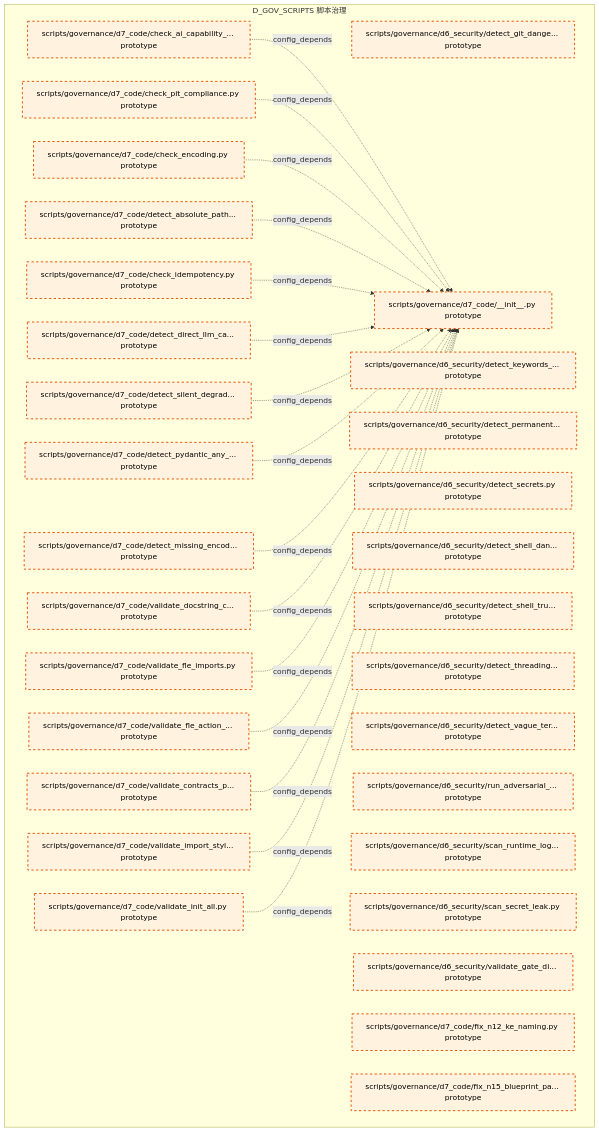
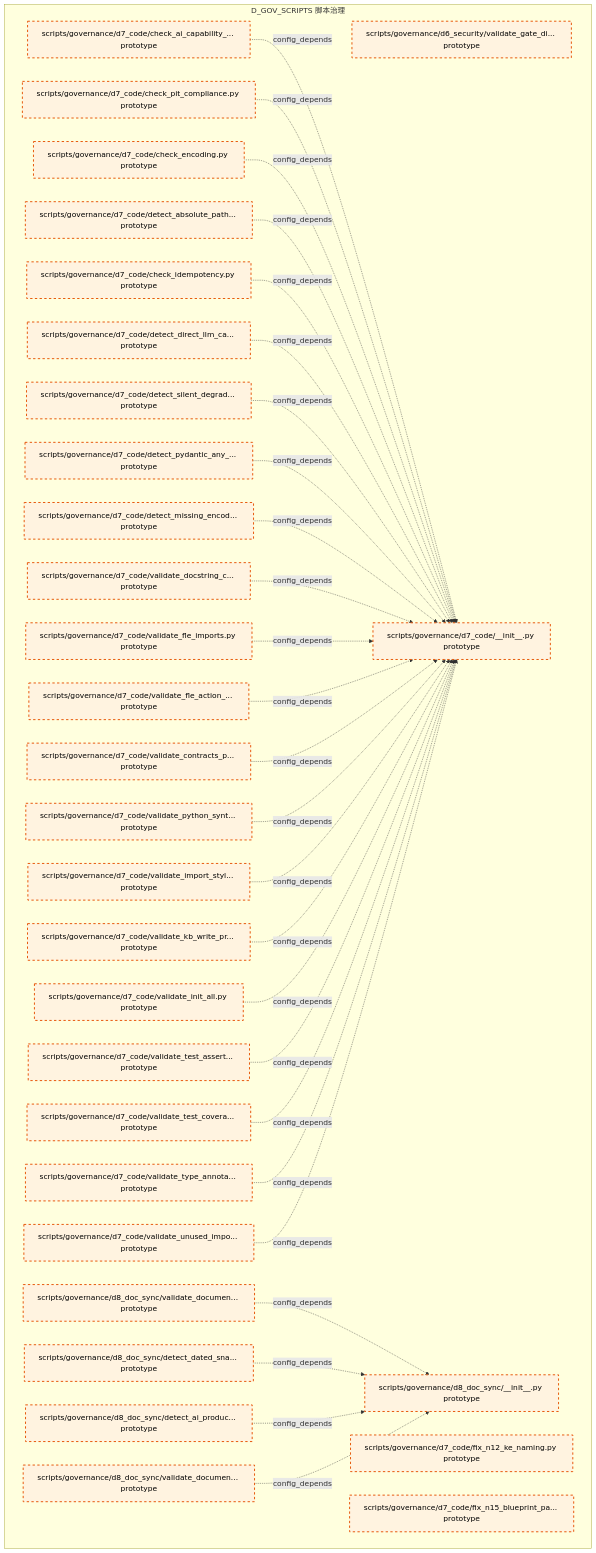
The eighth of 13 diagrams in docs/02_enterprise_architecture/02_domain_architecture_docs/39_d_gov_scripts.md (xuanFelixVan/ZephyrAlpha), drawn with Mermaid before and after one commit. The commit also changed other lines of this file and 105 other files, not shown here.

````diff
--- a/docs/02_enterprise_architecture/02_domain_architecture_docs/39_d_gov_scripts.md
+++ b/docs/02_enterprise_architecture/02_domain_architecture_docs/39_d_gov_scripts.md
@@ -507,55 +520,65 @@
 ```mermaid
 graph TD
     subgraph D_GOV_SCRIPTS["D_GOV_SCRIPTS 脚本治理"]
-        scripts_governance_d6_security_detect_git_dangerous_py["scripts/governance/d6_security/detect_git_dange... prototype"]
-        scripts_governance_d6_security_detect_keywords_in_logs_py["scripts/governance/d6_security/detect_keywords_... prototype"]
-        scripts_governance_d6_security_detect_permanent_file_deletion_py["scripts/governance/d6_security/detect_permanent... prototype"]
-        scripts_governance_d6_security_detect_secrets_py["scripts/governance/d6_security/detect_secrets.py prototype"]
-        scripts_governance_d6_security_detect_shell_dangerous_py["scripts/governance/d6_security/detect_shell_dan... prototype"]
-        scripts_governance_d6_security_detect_shell_true_py["scripts/governance/d6_security/detect_shell_tru... prototype"]
-        scripts_governance_d6_security_detect_threading_lock_py["scripts/governance/d6_security/detect_threading... prototype"]
-        scripts_governance_d6_security_detect_vague_terms_py["scripts/governance/d6_security/detect_vague_ter... prototype"]
-        scripts_governance_d6_security_run_adversarial_checks_py["scripts/governance/d6_security/run_adversarial_... prototype"]
-        scripts_governance_d6_security_scan_runtime_log_secrets_py["scripts/governance/d6_security/scan_runtime_log... prototype"]
-        scripts_governance_d6_security_scan_secret_leak_py["scripts/governance/d6_security/scan_secret_leak.py prototype"]
         scripts_governance_d6_security_validate_gate_discipline_py["scripts/governance/d6_security/validate_gate_di... prototype"]
         scripts_governance_d7_code_init_py["scripts/governance/d7_code/__init__.py prototype"]
         scripts_governance_d7_code_check_ai_capability_boundary_py["scripts/governance/d7_code/check_ai_capability_... prototype"]
         scripts_governance_d7_code_check_encoding_py["scripts/governance/d7_code/check_encoding.py prototype"]
         scripts_governance_d7_code_check_idempotency_py["scripts/governance/d7_code/check_idempotency.py prototype"]
         scripts_governance_d7_code_check_pit_compliance_py["scripts/governance/d7_code/check_pit_compliance.py prototype"]
         scripts_governance_d7_code_detect_absolute_path_hardcoding_py["scripts/governance/d7_code/detect_absolute_path... prototype"]
         scripts_governance_d7_code_detect_direct_llm_calls_py["scripts/governance/d7_code/detect_direct_llm_ca... prototype"]
         scripts_governance_d7_code_detect_missing_encoding_py["scripts/governance/d7_code/detect_missing_encod... prototype"]
         scripts_governance_d7_code_detect_pydantic_any_fields_py["scripts/governance/d7_code/detect_pydantic_any_... prototype"]
         scripts_governance_d7_code_detect_silent_degradation_py["scripts/governance/d7_code/detect_silent_degrad... prototype"]
         scripts_governance_d7_code_fix_n12_ke_naming_py["scripts/governance/d7_code/fix_n12_ke_naming.py prototype"]
         scripts_governance_d7_code_fix_n15_blueprint_path_py["scripts/governance/d7_code/fix_n15_blueprint_pa... prototype"]
         scripts_governance_d7_code_validate_contracts_purity_py["scripts/governance/d7_code/validate_contracts_p... prototype"]
         scripts_governance_d7_code_validate_docstring_coverage_py["scripts/governance/d7_code/validate_docstring_c... prototype"]
         scripts_governance_d7_code_validate_fle_action_metadata_py["scripts/governance/d7_code/validate_fle_action_... prototype"]
         scripts_governance_d7_code_validate_fle_imports_py["scripts/governance/d7_code/validate_fle_imports.py prototype"]
         scripts_governance_d7_code_validate_import_style_py["scripts/governance/d7_code/validate_import_styl... prototype"]
         scripts_governance_d7_code_validate_init_all_py["scripts/governance/d7_code/validate_init_all.py prototype"]
+        scripts_governance_d7_code_validate_kb_write_provenance_py["scripts/governance/d7_code/validate_kb_write_pr... prototype"]
+        scripts_governance_d7_code_validate_python_syntax_py["scripts/governance/d7_code/validate_python_synt... prototype"]
+        scripts_governance_d7_code_validate_test_assertion_depth_py["scripts/governance/d7_code/validate_test_assert... prototype"]
+        scripts_governance_d7_code_validate_test_coverage_py["scripts/governance/d7_code/validate_test_covera... prototype"]
+        scripts_governance_d7_code_validate_type_annotation_coverage_py["scripts/governance/d7_code/validate_type_annota... prototype"]
+        scripts_governance_d7_code_validate_unused_imports_py["scripts/governance/d7_code/validate_unused_impo... prototype"]
+        scripts_governance_d8_doc_sync_init_py["scripts/governance/d8_doc_sync/__init__.py prototype"]
+        scripts_governance_d8_doc_sync_detect_ai_products_in_docs_py["scripts/governance/d8_doc_sync/detect_ai_produc... prototype"]
+        scripts_governance_d8_doc_sync_detect_dated_snapshots_py["scripts/governance/d8_doc_sync/detect_dated_sna... prototype"]
+        scripts_governance_d8_doc_sync_validate_document_lifecycle_py["scripts/governance/d8_doc_sync/validate_documen... prototype"]
+        scripts_governance_d8_doc_sync_validate_document_ttl_py["scripts/governance/d8_doc_sync/validate_documen... prototype"]
     end
     scripts_governance_d7_code_check_ai_capability_boundary_py -.->|config_depends| scripts_governance_d7_code_init_py
     scripts_governance_d7_code_check_pit_compliance_py -.->|config_depends| scripts_governance_d7_code_init_py
     scripts_governance_d7_code_check_encoding_py -.->|config_depends| scripts_governance_d7_code_init_py
     scripts_governance_d7_code_detect_absolute_path_hardcoding_py -.->|config_depends| scripts_governance_d7_code_init_py
     scripts_governance_d7_code_check_idempotency_py -.->|config_depends| scripts_governance_d7_code_init_py
     scripts_governance_d7_code_detect_direct_llm_calls_py -.->|config_depends| scripts_governance_d7_code_init_py
     scripts_governance_d7_code_detect_silent_degradation_py -.->|config_depends| scripts_governance_d7_code_init_py
     scripts_governance_d7_code_detect_pydantic_any_fields_py -.->|config_depends| scripts_governance_d7_code_init_py
     scripts_governance_d7_code_detect_missing_encoding_py -.->|config_depends| scripts_governance_d7_code_init_py
     scripts_governance_d7_code_validate_docstring_coverage_py -.->|config_depends| scripts_governance_d7_code_init_py
     scripts_governance_d7_code_validate_fle_imports_py -.->|config_depends| scripts_governance_d7_code_init_py
     scripts_governance_d7_code_validate_fle_action_metadata_py -.->|config_depends| scripts_governance_d7_code_init_py
     scripts_governance_d7_code_validate_contracts_purity_py -.->|config_depends| scripts_governance_d7_code_init_py
+    scripts_governance_d7_code_validate_python_syntax_py -.->|config_depends| scripts_governance_d7_code_init_py
     scripts_governance_d7_code_validate_import_style_py -.->|config_depends| scripts_governance_d7_code_init_py
+    scripts_governance_d7_code_validate_kb_write_provenance_py -.->|config_depends| scripts_governance_d7_code_init_py
     scripts_governance_d7_code_validate_init_all_py -.->|config_depends| scripts_governance_d7_code_init_py
+    scripts_governance_d7_code_validate_test_assertion_depth_py -.->|config_depends| scripts_governance_d7_code_init_py
+    scripts_governance_d7_code_validate_test_coverage_py -.->|config_depends| scripts_governance_d7_code_init_py
+    scripts_governance_d7_code_validate_type_annotation_coverage_py -.->|config_depends| scripts_governance_d7_code_init_py
+    scripts_governance_d7_code_validate_unused_imports_py -.->|config_depends| scripts_governance_d7_code_init_py
+    scripts_governance_d8_doc_sync_validate_document_ttl_py -.->|config_depends| scripts_governance_d8_doc_sync_init_py
+    scripts_governance_d8_doc_sync_detect_dated_snapshots_py -.->|config_depends| scripts_governance_d8_doc_sync_init_py
+    scripts_governance_d8_doc_sync_detect_ai_products_in_docs_py -.->|config_depends| scripts_governance_d8_doc_sync_init_py
+    scripts_governance_d8_doc_sync_validate_document_lifecycle_py -.->|config_depends| scripts_governance_d8_doc_sync_init_py
     classDef production fill:#e1f5fe,stroke:#01579b,stroke-width:2px,color:#000
     classDef design fill:#fff3e0,stroke:#e65100,stroke-width:2px,color:#000,stroke-dasharray: 5 5
     classDef external_prod fill:#e8f5e9,stroke:#1b5e20,stroke-width:1px,color:#000
     classDef external_design fill:#fce4ec,stroke:#880e4f,stroke-width:1px,color:#000,stroke-dasharray: 5 5
-    class scripts_governance_d6_security_detect_git_dangerous_py,scripts_governance_d6_security_detect_keywords_in_logs_py,scripts_governance_d6_security_detect_permanent_file_deletion_py,scripts_governance_d6_security_detect_secrets_py,scripts_governance_d6_security_detect_shell_dangerous_py,scripts_governance_d6_security_detect_shell_true_py,scripts_governance_d6_security_detect_threading_lock_py,scripts_governance_d6_security_detect_vague_terms_py,scripts_governance_d6_security_run_adversarial_checks_py,scripts_governance_d6_security_scan_runtime_log_secrets_py,scripts_governance_d6_security_scan_secret_leak_py,scripts_governance_d6_security_validate_gate_discipline_py,scripts_governance_d7_code_init_py,scripts_governance_d7_code_check_ai_capability_boundary_py,scripts_governance_d7_code_check_encoding_py,scripts_governance_d7_code_check_idempotency_py,scripts_governance_d7_code_check_pit_compliance_py,scripts_governance_d7_code_detect_absolute_path_hardcoding_py,scripts_governance_d7_code_detect_direct_llm_calls_py,scripts_governance_d7_code_detect_missing_encoding_py,scripts_governance_d7_code_detect_pydantic_any_fields_py,scripts_governance_d7_code_detect_silent_degradation_py,scripts_governance_d7_code_fix_n12_ke_naming_py,scripts_governance_d7_code_fix_n15_blueprint_path_py,scripts_governance_d7_code_validate_contracts_purity_py,scripts_governance_d7_code_validate_docstring_coverage_py,scripts_governance_d7_code_validate_fle_action_metadata_py,scripts_governance_d7_code_validate_fle_imports_py,scripts_governance_d7_code_validate_import_style_py,scripts_governance_d7_code_validate_init_all_py design
+    class scripts_governance_d6_security_validate_gate_discipline_py,scripts_governance_d7_code_init_py,scripts_governance_d7_code_check_ai_capability_boundary_py,scripts_governance_d7_code_check_encoding_py,scripts_governance_d7_code_check_idempotency_py,scripts_governance_d7_code_check_pit_compliance_py,scripts_governance_d7_code_detect_absolute_path_hardcoding_py,scripts_governance_d7_code_detect_direct_llm_calls_py,scripts_governance_d7_code_detect_missing_encoding_py,scripts_governance_d7_code_detect_pydantic_any_fields_py,scripts_governance_d7_code_detect_silent_degradation_py,scripts_governance_d7_code_fix_n12_ke_naming_py,scripts_governance_d7_code_fix_n15_blueprint_path_py,scripts_governance_d7_code_validate_contracts_purity_py,scripts_governance_d7_code_validate_docstring_coverage_py,scripts_governance_d7_code_validate_fle_action_metadata_py,scripts_governance_d7_code_validate_fle_imports_py,scripts_governance_d7_code_validate_import_style_py,scripts_governance_d7_code_validate_init_all_py,scripts_governance_d7_code_validate_kb_write_provenance_py,scripts_governance_d7_code_validate_python_syntax_py,scripts_governance_d7_code_validate_test_assertion_depth_py,scripts_governance_d7_code_validate_test_coverage_py,scripts_governance_d7_code_validate_type_annotation_coverage_py,scripts_governance_d7_code_validate_unused_imports_py,scripts_governance_d8_doc_sync_init_py,scripts_governance_d8_doc_sync_detect_ai_products_in_docs_py,scripts_governance_d8_doc_sync_detect_dated_snapshots_py,scripts_governance_d8_doc_sync_validate_document_lifecycle_py,scripts_governance_d8_doc_sync_validate_document_ttl_py design
 ```
````
